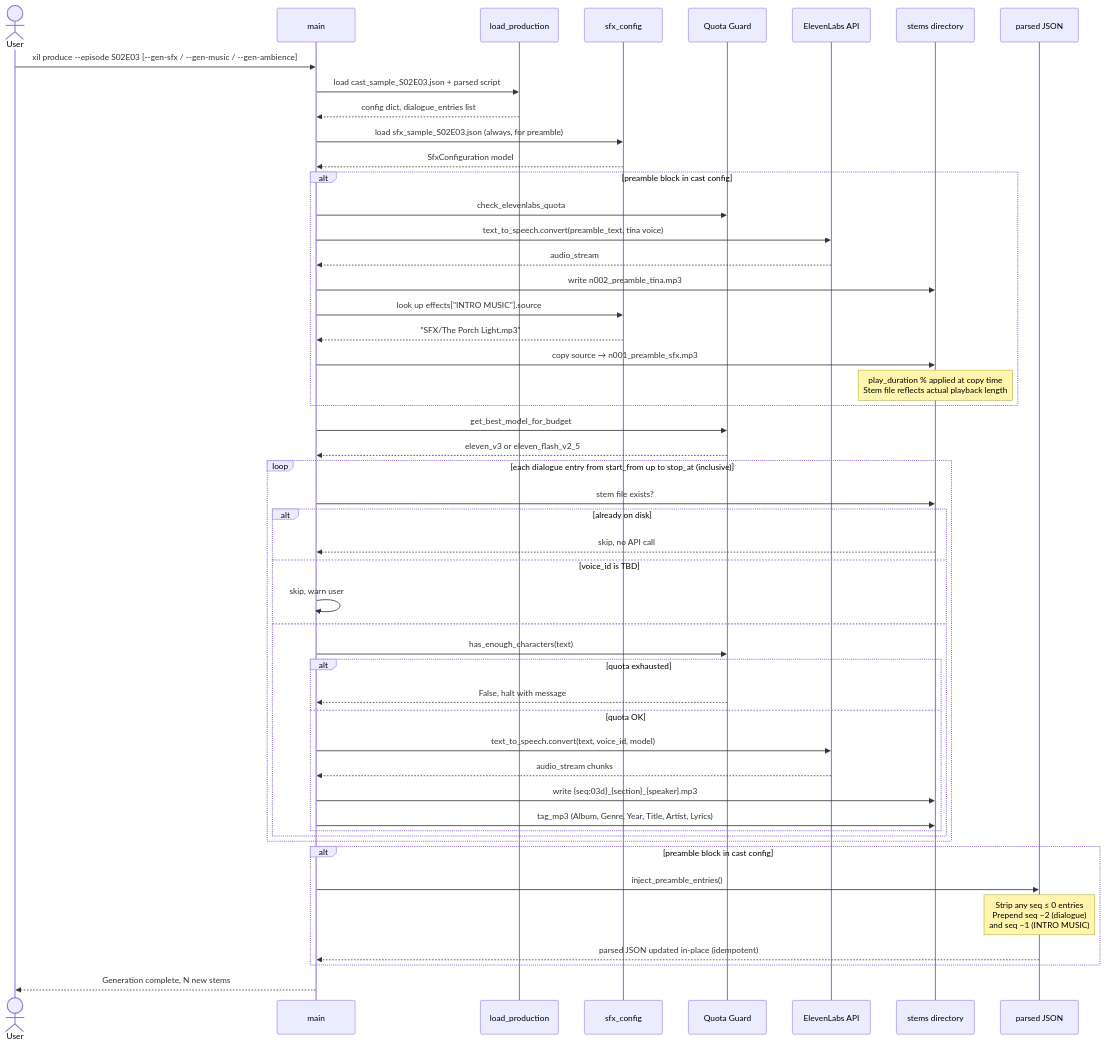
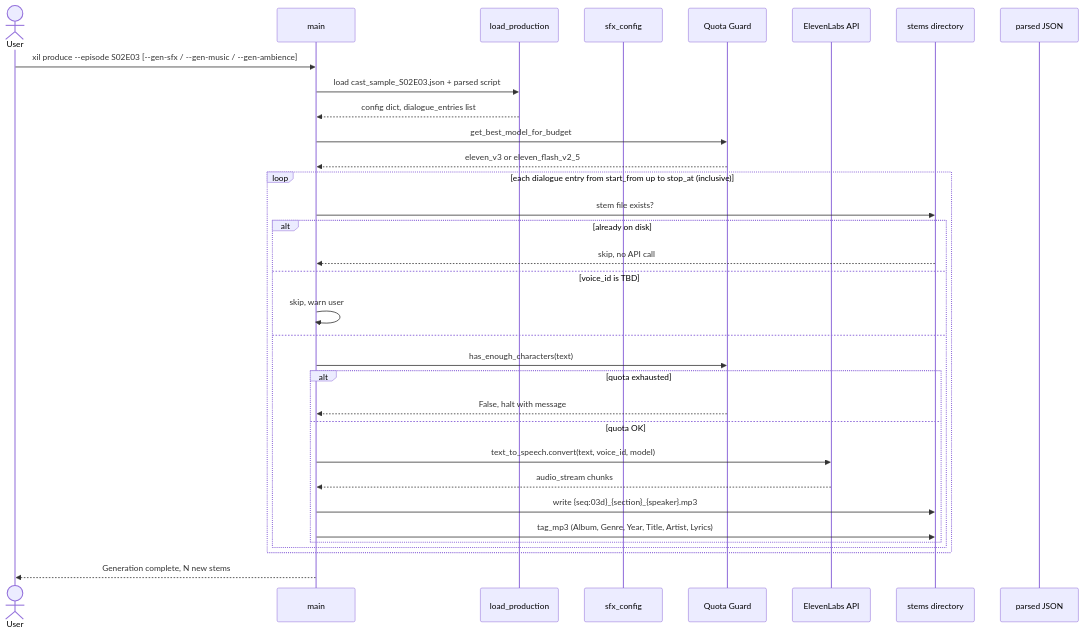
One commit to xilcmd/xil-pipeline changed the fourth of 22 diagrams in docs/pipeline.md. Above: the diagram before and after it, drawn with Mermaid. The commit also changed other lines of this file and 40 other files, not shown here.

````diff
--- a/docs/pipeline.md
+++ b/docs/pipeline.md
@@ -245,58 +245,38 @@
 ```mermaid
 sequenceDiagram
     actor User
     participant M as main
     participant LP as load_production
     participant SFX as sfx_config
     participant QG as Quota Guard
     participant API as ElevenLabs API
     participant FS as stems directory
     participant PJ as parsed JSON
 
     User->>M: xil produce --episode S02E03 [--gen-sfx / --gen-music / --gen-ambience]
     M->>LP: load cast_sample_S02E03.json + parsed script
     LP-->>M: config dict, dialogue_entries list
-    M->>SFX: load sfx_sample_S02E03.json (always, for preamble)
-    SFX-->>M: SfxConfiguration model
-
-    alt preamble block in cast config
-        M->>QG: check_elevenlabs_quota
-        M->>API: text_to_speech.convert(preamble_text, tina voice)
-        API-->>M: audio_stream
-        M->>FS: write n002_preamble_tina.mp3
-        M->>SFX: look up effects["INTRO MUSIC"].source
-        SFX-->>M: "SFX/The Porch Light.mp3"
-        M->>FS: copy source → n001_preamble_sfx.mp3
-        note over FS: play_duration % applied at copy time<br>Stem file reflects actual playback length
-    end
-
     M->>QG: get_best_model_for_budget
     QG-->>M: eleven_v3 or eleven_flash_v2_5
 
     loop each dialogue entry from start_from up to stop_at (inclusive)
         M->>FS: stem file exists?
         alt already on disk
             FS-->>M: skip, no API call
         else voice_id is TBD
             M->>M: skip, warn user
         else
             M->>QG: has_enough_characters(text)
             alt quota exhausted
                 QG-->>M: False, halt with message
             else quota OK
                 M->>API: text_to_speech.convert(text, voice_id, model)
                 API-->>M: audio_stream chunks
                 M->>FS: write {seq:03d}_{section}_{speaker}.mp3
                 M->>FS: tag_mp3 (Album, Genre, Year, Title, Artist, Lyrics)
             end
         end
     end
 
-    alt preamble block in cast config
-        M->>PJ: inject_preamble_entries()
-        note over PJ: Strip any seq ≤ 0 entries<br>Prepend seq −2 (dialogue)<br>and seq −1 (INTRO MUSIC)
-        PJ-->>M: parsed JSON updated in-place (idempotent)
-    end
-
     M-->>User: Generation complete, N new stems
 ```
````
